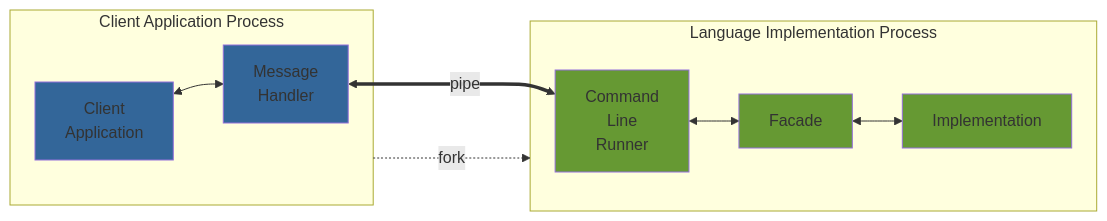
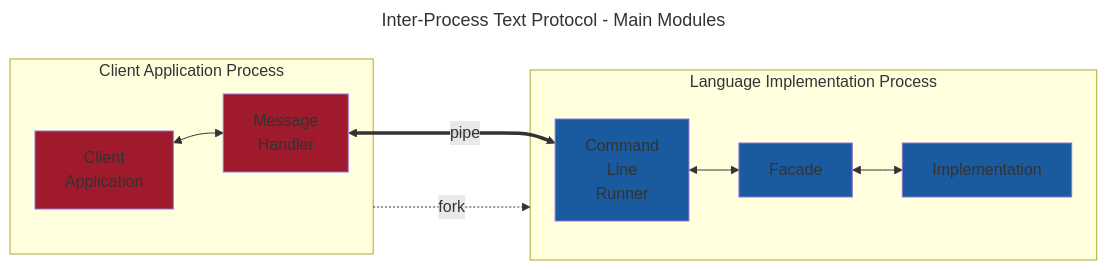
One commit to murex/gamekit-coffeemachine changed the first of 2 diagrams in dev-doc/inter-process-text-protocol.md. Above: the diagram before and after it, drawn with Mermaid. The commit also changed other lines of this file and 1 other file, not shown here.

Commit message:
Add title and color legend to provided mermaid diagrams

````diff
--- a/dev-doc/inter-process-text-protocol.md
+++ b/dev-doc/inter-process-text-protocol.md
@@ -8,25 +8,28 @@
 ```mermaid
+---
+title: Inter-Process Text Protocol - Main Modules
+---
 graph LR
     subgraph client_process [Client Application Process]
         client_app[Client<br>Application]
         client_msg_handler[Message<br>Handler]
     end
 
     subgraph impl_process [Language Implementation Process]
         impl_runner[Command<br>Line<br>Runner]
         impl_facade[Facade]
         impl_app[Implementation]
     end
 
     client_process -. fork -.-> impl_process
     client_app <--> client_msg_handler
     client_msg_handler <== pipe ===> impl_runner
     impl_runner <--> impl_facade <--> impl_app
-    classDef client fill:#369;
-    classDef impl fill:#693;
+    classDef client fill:#9e1a2c;
+    classDef impl fill:#1a5a9e;
     class client_app client;
     class client_msg_handler client;
     class impl_runner impl;
     class impl_facade impl;
     class impl_app impl;
 ```
````
